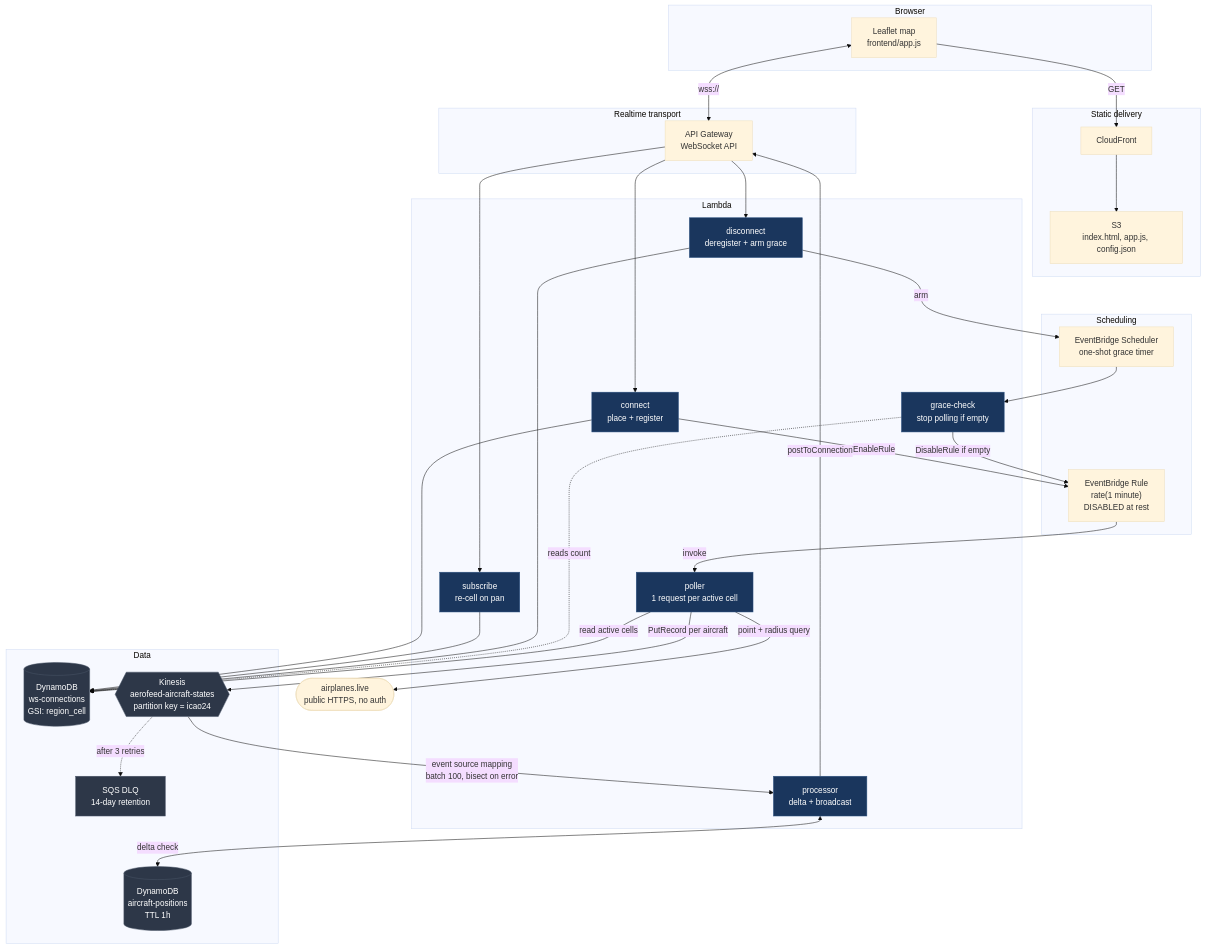
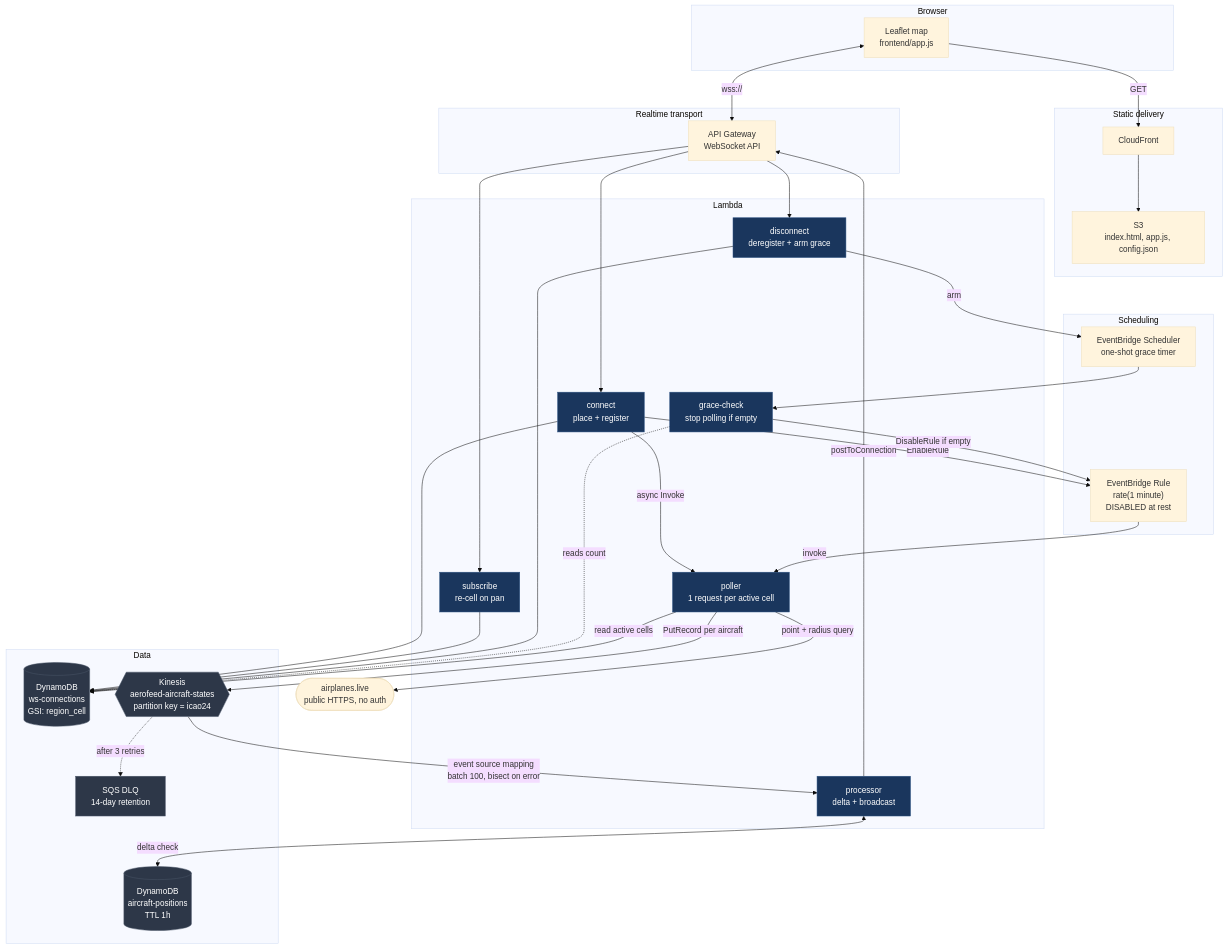
One commit to barathsuresh/aerofeed changed the first of 2 diagrams in README.md. Above: the diagram before and after it, drawn with Mermaid (base theme). The commit also changed other lines of this file, not shown here.

````diff
--- a/README.md
+++ b/README.md
@@ -69,62 +71,63 @@
 ```mermaid
 flowchart TB
     subgraph client["Browser"]
         map["Leaflet map<br/>frontend/app.js"]
     end
 
     subgraph edge["Static delivery"]
         cf["CloudFront"] --> s3["S3<br/>index.html, app.js, config.json"]
     end
 
     subgraph rt["Realtime transport"]
         wsapi["API Gateway<br/>WebSocket API"]
     end
 
     subgraph fns["Lambda"]
         connect["connect<br/>place + register"]
         subscribe["subscribe<br/>re-cell on pan"]
         disconnect["disconnect<br/>deregister + arm grace"]
         poller["poller<br/>1 request per active cell"]
         processor["processor<br/>delta + broadcast"]
         grace["grace-check<br/>stop polling if empty"]
     end
 
     subgraph data["Data"]
         conns[("DynamoDB<br/>ws-connections<br/>GSI: region_cell")]
         pos[("DynamoDB<br/>aircraft-positions<br/>TTL 1h")]
         kin{{"Kinesis<br/>aerofeed-aircraft-states<br/>partition key = icao24"}}
         dlq["SQS DLQ<br/>14-day retention"]
     end
 
     subgraph sched["Scheduling"]
         rule["EventBridge Rule<br/>rate(1 minute)<br/>DISABLED at rest"]
         oneshot["EventBridge Scheduler<br/>one-shot grace timer"]
     end
 
     upstream(["airplanes.live<br/>public HTTPS, no auth"])
 
     map -->|"GET"| cf
     map <-->|"wss://"| wsapi
     wsapi --> connect & subscribe & disconnect
     connect --> conns
     subscribe --> conns
     disconnect --> conns
     connect -->|"EnableRule"| rule
+    connect -->|"async Invoke"| poller
     disconnect -->|"arm"| oneshot
     oneshot --> grace
     grace -->|"DisableRule if empty"| rule
     grace -.->|"reads count"| conns
     rule -->|"invoke"| poller
     poller -->|"read active cells"| conns
     poller -->|"point + radius query"| upstream
     poller -->|"PutRecord per aircraft"| kin
     kin -->|"event source mapping<br/>batch 100, bisect on error"| processor
     processor <-->|"delta check"| pos
     processor -->|"postToConnection"| wsapi
     kin -.->|"after 3 retries"| dlq
 
     classDef store fill:#2d3748,stroke:#4a5568,color:#fff
     classDef fn fill:#1a365d,stroke:#2c5282,color:#fff
     class conns,pos,kin,dlq store
     class connect,subscribe,disconnect,poller,processor,grace fn
 ```
````
